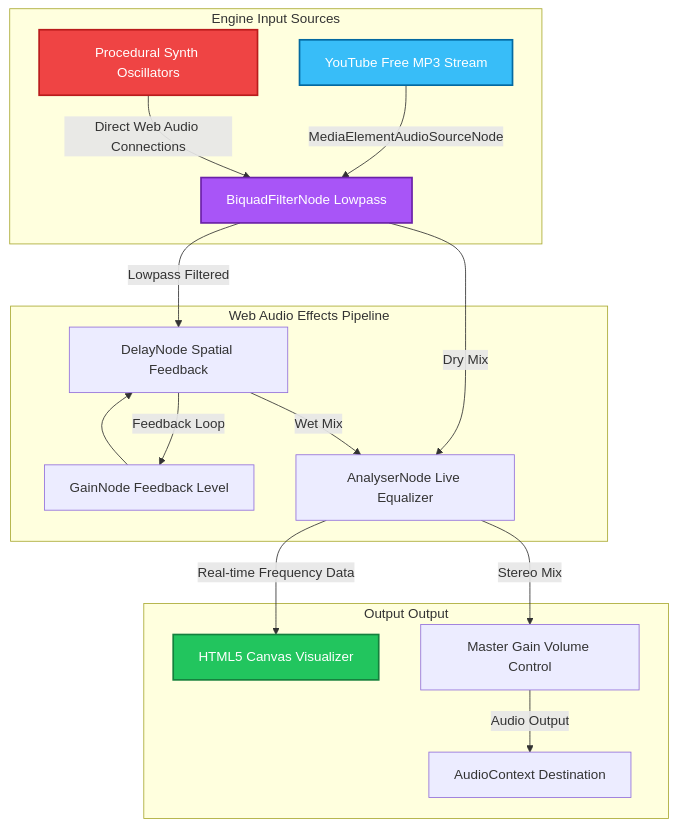
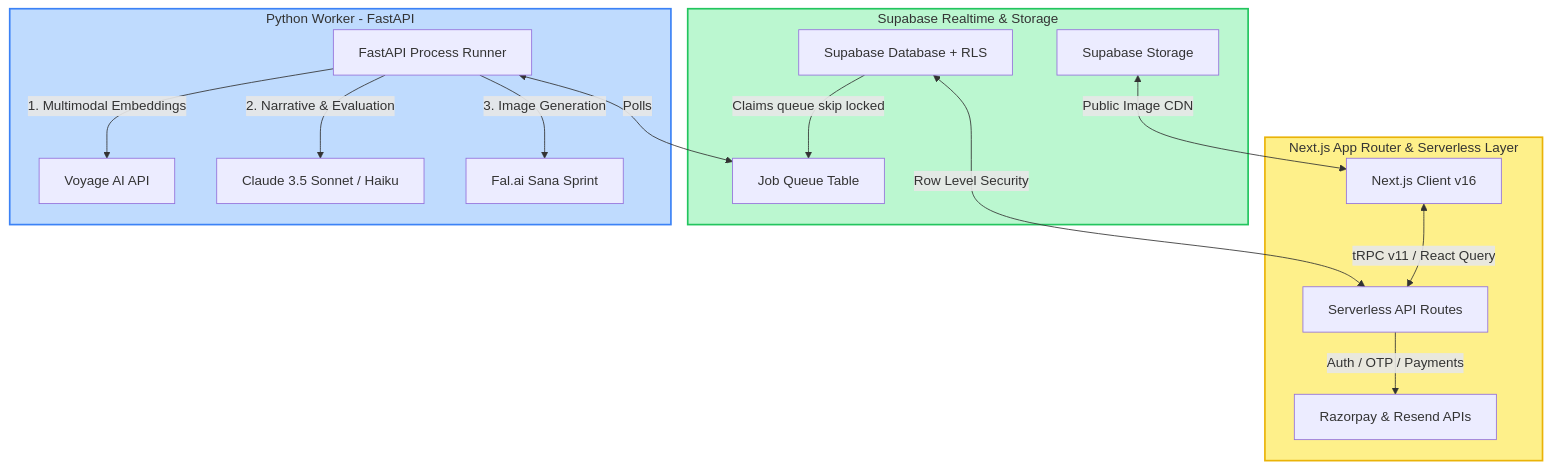
The second of 2 diagrams in README.md (bansalbhunesh/Woh-wala-trip), drawn with Mermaid before and after one commit. The commit also changed other lines of this file, not shown here.

````diff
--- a/README.md
+++ b/README.md
@@ -417,26 +62,24 @@
 ```mermaid
-graph TD
-    subgraph Engine Input Sources
-        A[YouTube Free MP3 Stream] -->|MediaElementAudioSourceNode| C[BiquadFilterNode Lowpass]
-        B[Procedural Synth Oscillators] -->|Direct Web Audio Connections| C
+graph TB
+    subgraph Frontend [Next.js App Router & Serverless Layer]
+        A[Next.js Client v16] <-->|tRPC v11 / React Query| B[Serverless API Routes]
+        B -->|Auth / OTP / Payments| C[Razorpay & Resend APIs]
     end
 
-    subgraph Web Audio Effects Pipeline
-        C -->|Lowpass Filtered| D[DelayNode Spatial Feedback]
-        D -->|Feedback Loop| E[GainNode Feedback Level]
-        E --> D
-        C -->|Dry Mix| F[AnalyserNode Live Equalizer]
-        D -->|Wet Mix| F
+    subgraph Database [Supabase Realtime & Storage]
+        D[Supabase Database + RLS] <-->|Row Level Security| B
+        E[Supabase Storage] <-->|Public Image CDN| A
+        D -->|Claims queue skip locked| F[Job Queue Table]
     end
 
-    subgraph Output Output
-        F -->|Real-time Frequency Data| G[HTML5 Canvas Visualizer]
-        F -->|Stereo Mix| H[Master Gain Volume Control]
-        H -->|Audio Output| I[AudioContext Destination]
+    subgraph AIWorker [Python Worker - FastAPI]
+        G[FastAPI Process Runner] <-->|Polls| F
+        G -->|1. Multimodal Embeddings| H[Voyage AI API]
+        G -->|2. Narrative & Evaluation| I[Claude 3.5 Sonnet / Haiku]
+        G -->|3. Image Generation| J[Fal.ai Sana Sprint]
     end
 
-    style A fill:#38bdf8,stroke:#0369a1,stroke-width:2px,color:#fff
-    style B fill:#ef4444,stroke:#b91c1c,stroke-width:2px,color:#fff
-    style C fill:#a855f7,stroke:#6b21a8,stroke-width:2px,color:#fff
-    style G fill:#22c55e,stroke:#15803d,stroke-width:2px,color:#fff
+    style Frontend fill:#fef08a,stroke:#eab308,stroke-width:2px
+    style Database fill:#bbf7d0,stroke:#22c55e,stroke-width:2px
+    style AIWorker fill:#bfdbfe,stroke:#3b82f6,stroke-width:2px
 ```
````
